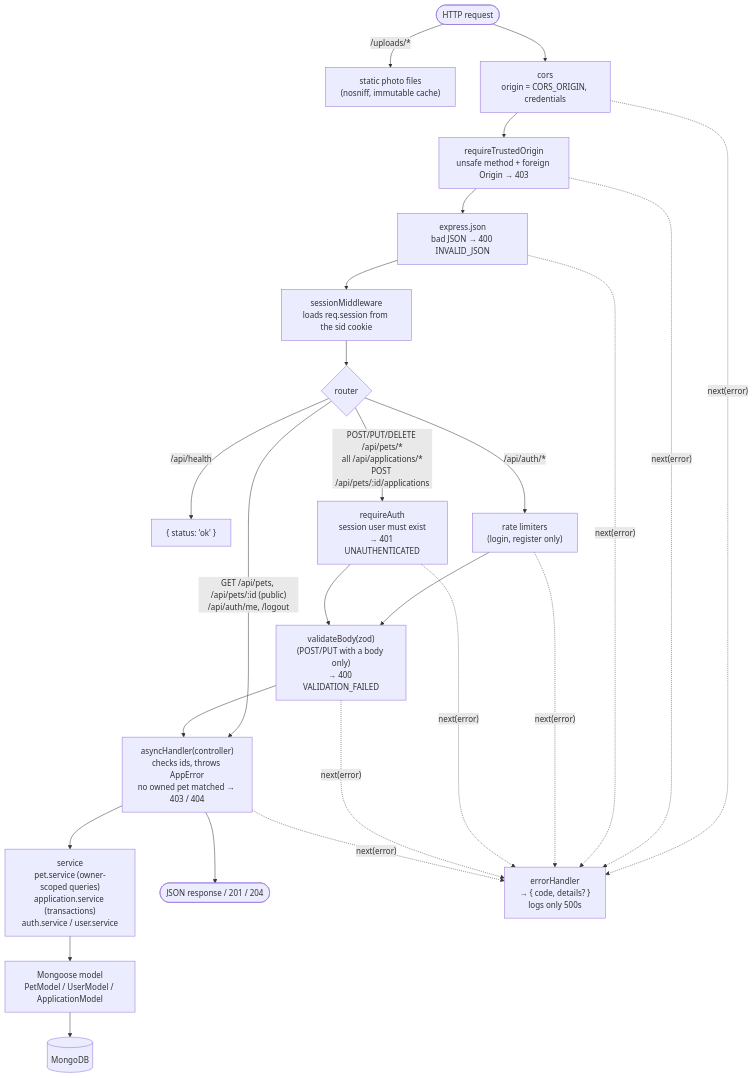
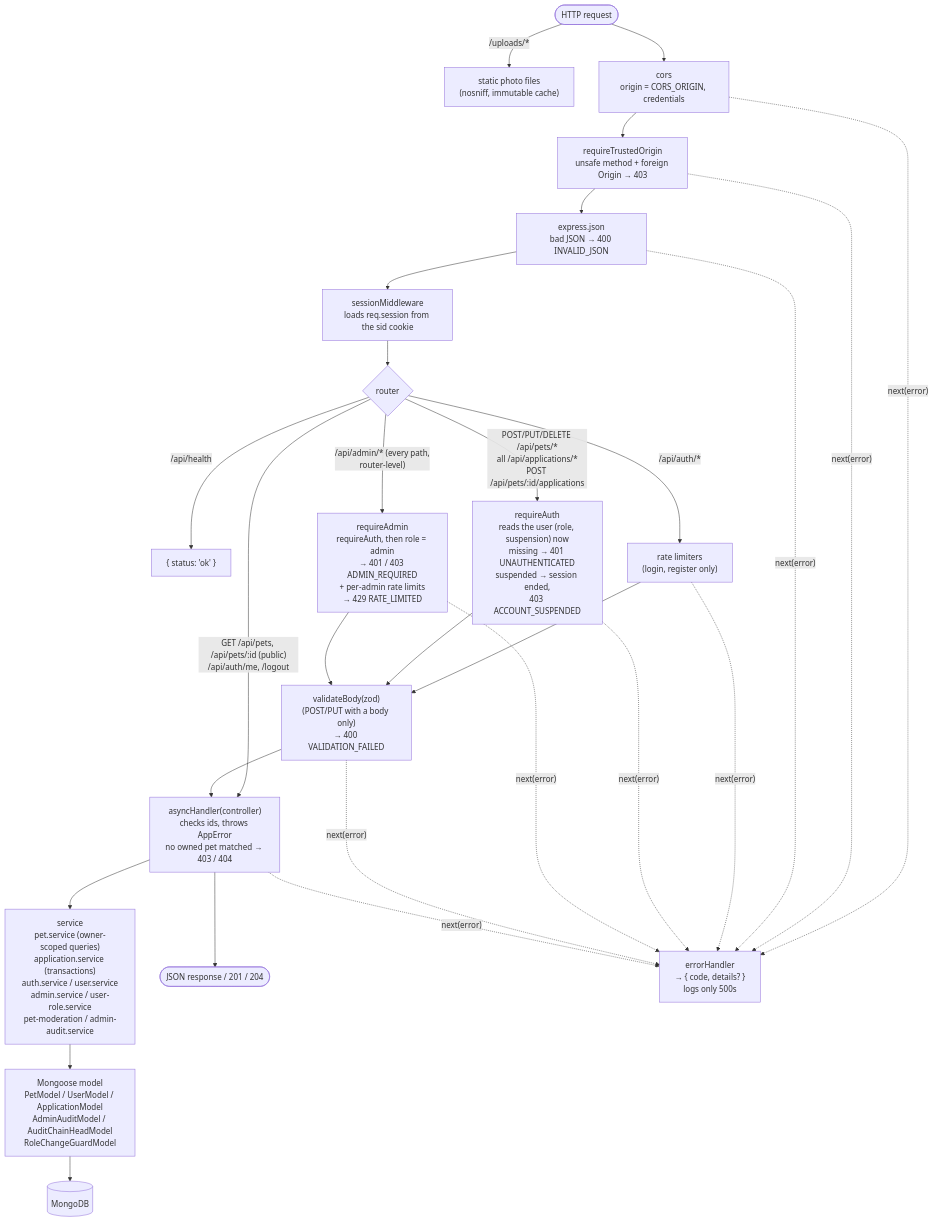
The third of 14 diagrams in docs/architecture.md (BojanSovtic/pet-adoption-system), drawn with Mermaid before and after one commit. The commit also changed other lines of this file and 81 other files, not shown here.

First line of the commit message:
feat: admin role with moderation, audit log and secure provisioning

````diff
--- a/docs/architecture.md
+++ b/docs/architecture.md
@@ -96,24 +101,26 @@
 ```mermaid
 flowchart TB
   req(["HTTP request"]) -- "/uploads/*" --> files["static photo files<br/>(nosniff, immutable cache)"]
   req --> cors["cors<br/>origin = CORS_ORIGIN, credentials"]
   cors --> origin["requireTrustedOrigin<br/>unsafe method + foreign Origin → 403"]
   origin --> json["express.json<br/>bad JSON → 400 INVALID_JSON"]
   json --> session["sessionMiddleware<br/>loads req.session from the sid cookie"]
   session --> router{"router"}
 
   router -- "/api/health" --> health["{ status: 'ok' }"]
   router -- "/api/auth/*" --> rate["rate limiters<br/>(login, register only)"]
-  router -- "POST/PUT/DELETE /api/pets/*<br/>all /api/applications/*<br/>POST /api/pets/:id/applications" --> auth["requireAuth<br/>session user must exist<br/>→ 401 UNAUTHENTICATED"]
+  router -- "POST/PUT/DELETE /api/pets/*<br/>all /api/applications/*<br/>POST /api/pets/:id/applications" --> auth["requireAuth<br/>reads the user (role, suspension) now<br/>missing → 401 UNAUTHENTICATED<br/>suspended → session ended,<br/>403 ACCOUNT_SUSPENDED"]
+  router -- "/api/admin/* (every path,<br/>router-level)" --> admin["requireAdmin<br/>requireAuth, then role = admin<br/>→ 401 / 403 ADMIN_REQUIRED<br/>+ per-admin rate limits<br/>→ 429 RATE_LIMITED"]
   router -- "GET /api/pets, /api/pets/:id (public)<br/>/api/auth/me, /logout" --> controller
 
   rate --> validate["validateBody(zod)<br/>(POST/PUT with a body only)<br/>→ 400 VALIDATION_FAILED"]
   auth --> validate
+  admin --> validate
   validate --> controller["asyncHandler(controller)<br/>checks ids, throws AppError<br/>no owned pet matched → 403 / 404"]
-  controller --> service["service<br/>pet.service (owner-scoped queries)<br/>application.service (transactions)<br/>auth.service / user.service"]
-  service --> model["Mongoose model<br/>PetModel / UserModel / ApplicationModel"]
+  controller --> service["service<br/>pet.service (owner-scoped queries)<br/>application.service (transactions)<br/>auth.service / user.service<br/>admin.service / user-role.service<br/>pet-moderation / admin-audit.service"]
+  service --> model["Mongoose model<br/>PetModel / UserModel / ApplicationModel<br/>AdminAuditModel / AuditChainHeadModel<br/>RoleChangeGuardModel"]
   model --> db[("MongoDB")]
   controller --> ok(["JSON response / 201 / 204"])
 
-  cors & origin & json & rate & auth & validate & controller -. "next(error)" .-> handler["errorHandler<br/>→ { code, details? }<br/>logs only 500s"]
+  cors & origin & json & rate & auth & admin & validate & controller -. "next(error)" .-> handler["errorHandler<br/>→ { code, details? }<br/>logs only 500s"]
 ```
````
